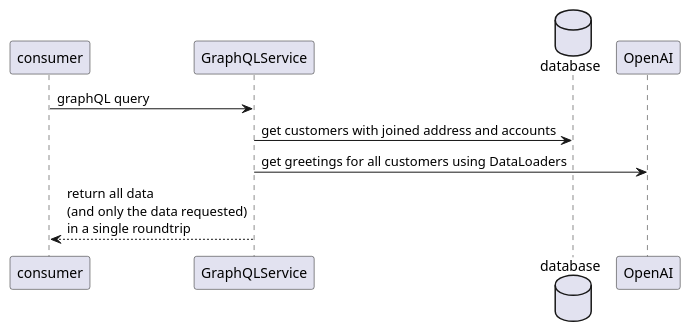
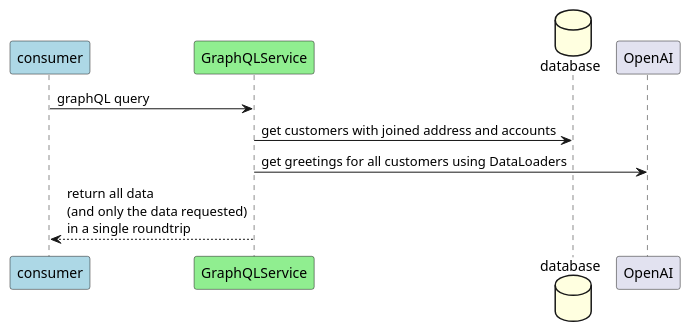
One commit to didierpirottin/GraphQLDemo changed the diagram in doc/modules/guide/images/perf-optimized-graphql.puml. Above: the diagram before and after it, drawn with PlantUML. The commit also changed 27 other files, not shown here.

```diff
--- a/doc/modules/guide/images/perf-optimized-graphql.puml
+++ b/doc/modules/guide/images/perf-optimized-graphql.puml
@@ -1,13 +1,20 @@
 @startuml
+
+participant consumer #LightBlue
+participant GraphQLService #LightGreen
+
 consumer -> GraphQLService : graphQL query
 
 
-database database
+database database #lightyellow
+
+
+
 
 GraphQLService -> database: get customers with joined address and accounts
 
 GraphQLService -> OpenAI : get greetings for all customers using DataLoaders
 
 GraphQLService --> consumer : return all data \n(and only the data requested)\nin a single roundtrip
 
 @enduml
```
